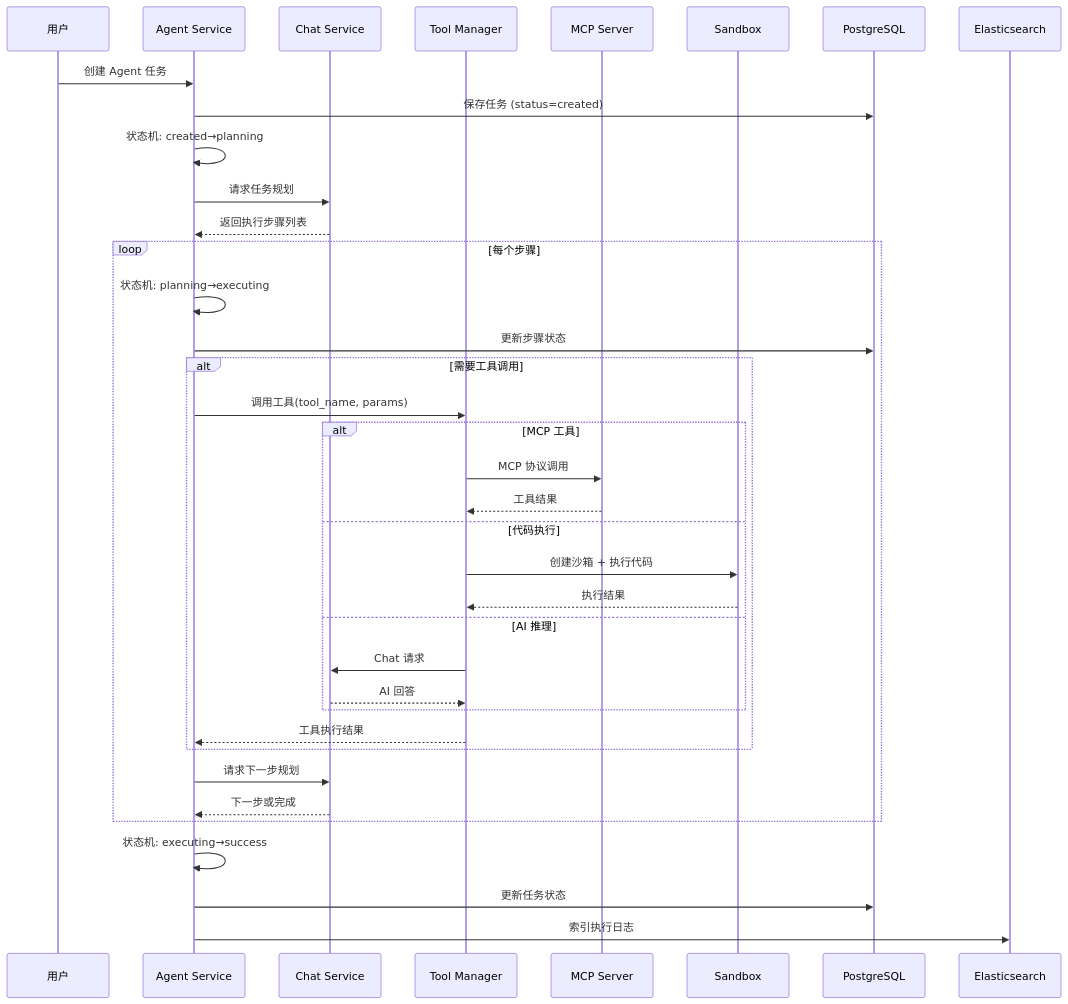
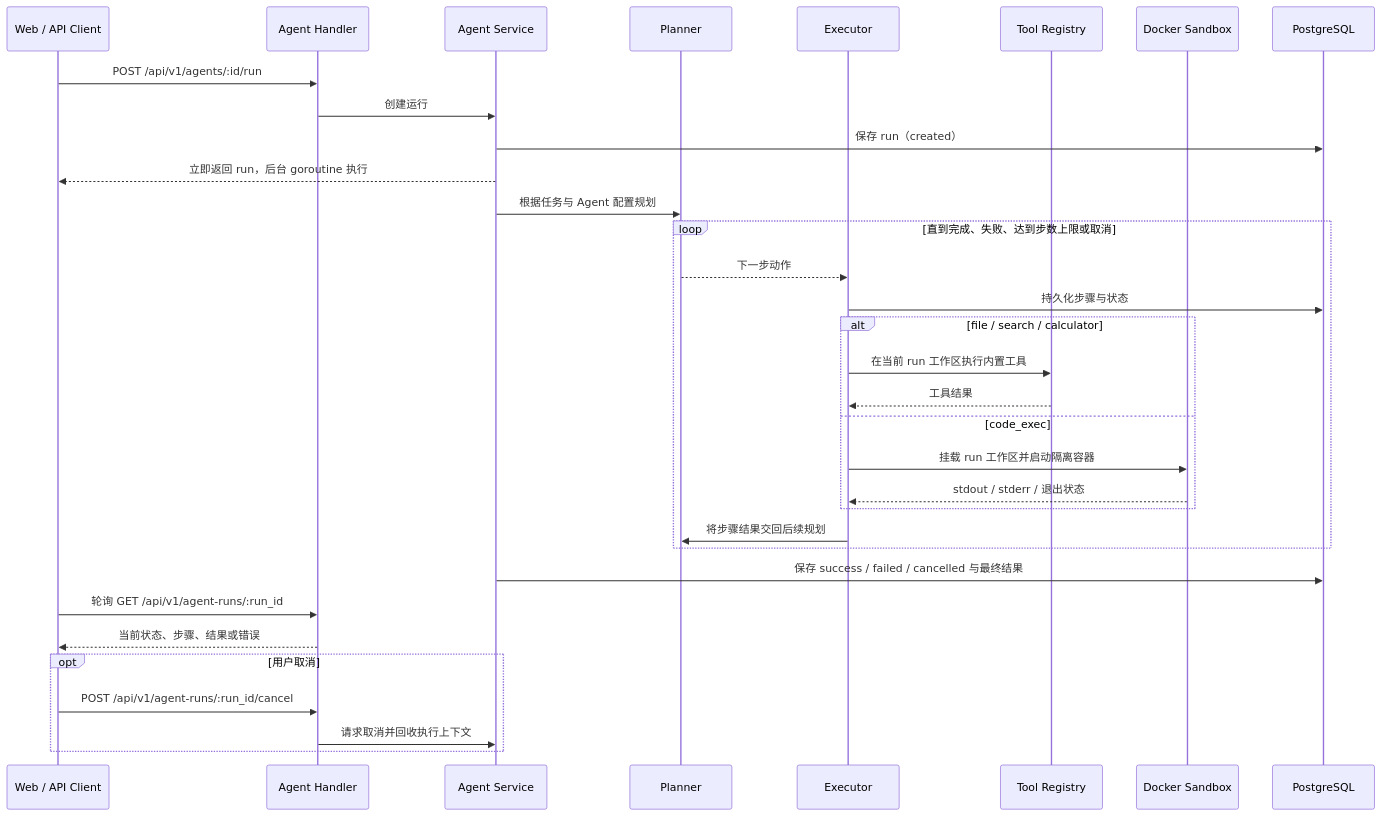
The third of 3 diagrams in docs/architecture/05-SYSTEM-ARCHITECTURE.md (m2lan/omnidev), drawn with Mermaid before and after one commit. The commit also changed other lines of this file and 260 other files, not shown here.

First line of the commit message:
refactor: focus platform on chat knowledge and agents

````diff
--- a/docs/architecture/05-SYSTEM-ARCHITECTURE.md
+++ b/docs/architecture/05-SYSTEM-ARCHITECTURE.md
@@ -317,47 +126,36 @@
 ```mermaid
 sequenceDiagram
-    participant U as 用户
-    participant AS as Agent Service
-    participant CS as Chat Service
-    participant TM as Tool Manager
-    participant MCP as MCP Server
-    participant SB as Sandbox
+    participant U as Web / API Client
+    participant H as Agent Handler
+    participant S as Agent Service
+    participant P as Planner
+    participant E as Executor
+    participant T as Tool Registry
+    participant D as Docker Sandbox
     participant DB as PostgreSQL
-    participant ES as Elasticsearch
 
-    U->>AS: 创建 Agent 任务
-    AS->>DB: 保存任务 (status=created)
-    AS->>AS: 状态机: created→planning
-
-    AS->>CS: 请求任务规划
-    CS-->>AS: 返回执行步骤列表
-
-    loop 每个步骤
-        AS->>AS: 状态机: planning→executing
-        AS->>DB: 更新步骤状态
-
-        alt 需要工具调用
-            AS->>TM: 调用工具(tool_name, params)
-
-            alt MCP 工具
-                TM->>MCP: MCP 协议调用
-                MCP-->>TM: 工具结果
-            else 代码执行
-                TM->>SB: 创建沙箱 + 执行代码
-                SB-->>TM: 执行结果
-            else AI 推理
-                TM->>CS: Chat 请求
-                CS-->>TM: AI 回答
-            end
-
-            TM-->>AS: 工具执行结果
+    U->>H: POST /api/v1/agents/:id/run
+    H->>S: 创建运行
+    S->>DB: 保存 run（created）
+    S-->>U: 立即返回 run，后台 goroutine 执行
+    S->>P: 根据任务与 Agent 配置规划
+    loop 直到完成、失败、达到步数上限或取消
+        P-->>E: 下一步动作
+        E->>DB: 持久化步骤与状态
+        alt file / search / calculator
+            E->>T: 在当前 run 工作区执行内置工具
+            T-->>E: 工具结果
+        else code_exec
+            E->>D: 挂载 run 工作区并启动隔离容器
+            D-->>E: stdout / stderr / 退出状态
         end
-
-        AS->>CS: 请求下一步规划
-        CS-->>AS: 下一步或完成
+        E->>P: 将步骤结果交回后续规划
     end
-
-    AS->>AS: 状态机: executing→success
-    AS->>DB: 更新任务状态
-    AS->>ES: 索引执行日志
+    S->>DB: 保存 success / failed / cancelled 与最终结果
+    U->>H: 轮询 GET /api/v1/agent-runs/:run_id
+    H-->>U: 当前状态、步骤、结果或错误
+    opt 用户取消
+        U->>H: POST /api/v1/agent-runs/:run_id/cancel
+        H->>S: 请求取消并回收执行上下文
+    end
 ```
````
